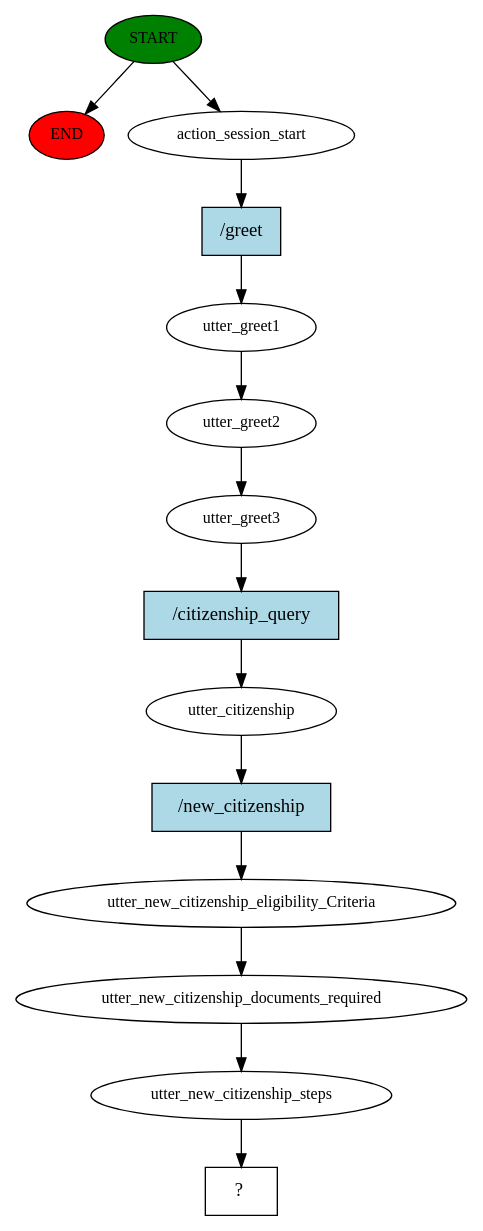
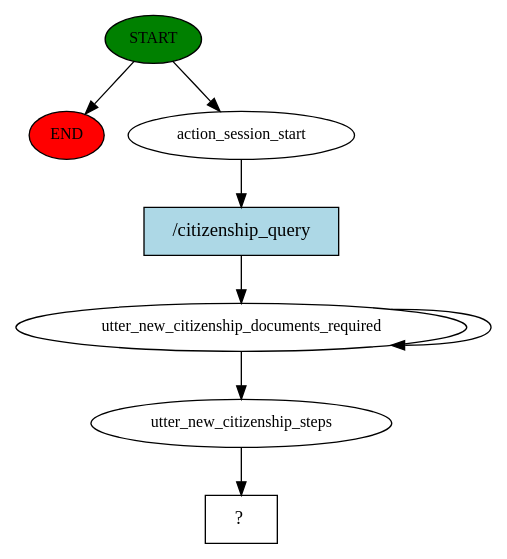
One commit to PiyushLuitel-07/Samadhan-A-Local-Government-Service-QueryBot changed the diagram in story_graph.dot. Above: the diagram before and after it, drawn with Graphviz. The commit also changed 255 other files, not shown here.

```diff
--- a/story_graph.dot
+++ b/story_graph.dot
@@ -1,29 +1,16 @@
 digraph  {
 0 [class="start active", fillcolor=green, fontsize=12, label=START, style=filled];
 "-1" [class=end, fillcolor=red, fontsize=12, label=END, style=filled];
 1 [class=active, fontsize=12, label=action_session_start];
-2 [class=active, fontsize=12, label=utter_greet1];
-3 [class=active, fontsize=12, label=utter_greet2];
-4 [class=active, fontsize=12, label=utter_greet3];
-5 [class=active, fontsize=12, label=utter_citizenship];
-6 [class=active, fontsize=12, label=utter_new_citizenship_eligibility_Criteria];
-7 [class=active, fontsize=12, label=utter_new_citizenship_documents_required];
-8 [class=active, fontsize=12, label=utter_new_citizenship_steps];
-9 [class="intent dashed active", label="  ?  ", shape=rect];
-10 [class="intent active", fillcolor=lightblue, label="/greet", shape=rect, style=filled];
-11 [class="intent active", fillcolor=lightblue, label="/citizenship_query", shape=rect, style=filled];
-12 [class="intent active", fillcolor=lightblue, label="/new_citizenship", shape=rect, style=filled];
+2 [class=active, fontsize=12, label=utter_new_citizenship_documents_required];
+4 [class=active, fontsize=12, label=utter_new_citizenship_steps];
+5 [class="intent dashed active", label="  ?  ", shape=rect];
+6 [class="intent active", fillcolor=lightblue, label="/citizenship_query", shape=rect, style=filled];
 0 -> "-1"  [class="", key=NONE, label=""];
 0 -> 1  [class=active, key=NONE, label=""];
-1 -> 10  [class=active, key=0];
-2 -> 3  [class=active, key=NONE, label=""];
-3 -> 4  [class=active, key=NONE, label=""];
-4 -> 11  [class=active, key=0];
-5 -> 12  [class=active, key=0];
-6 -> 7  [class=active, key=NONE, label=""];
-7 -> 8  [class=active, key=NONE, label=""];
-8 -> 9  [class=active, key=NONE, label=""];
-10 -> 2  [class=active, key=0];
-11 -> 5  [class=active, key=0];
-12 -> 6  [class=active, key=0];
+1 -> 6  [class=active, key=0];
+2 -> 4  [class=active, key=NONE, label=""];
+2 -> 2  [class=active, key=NONE, label=""];
+4 -> 5  [class=active, key=NONE, label=""];
+6 -> 2  [class=active, key=0];
 }
```
